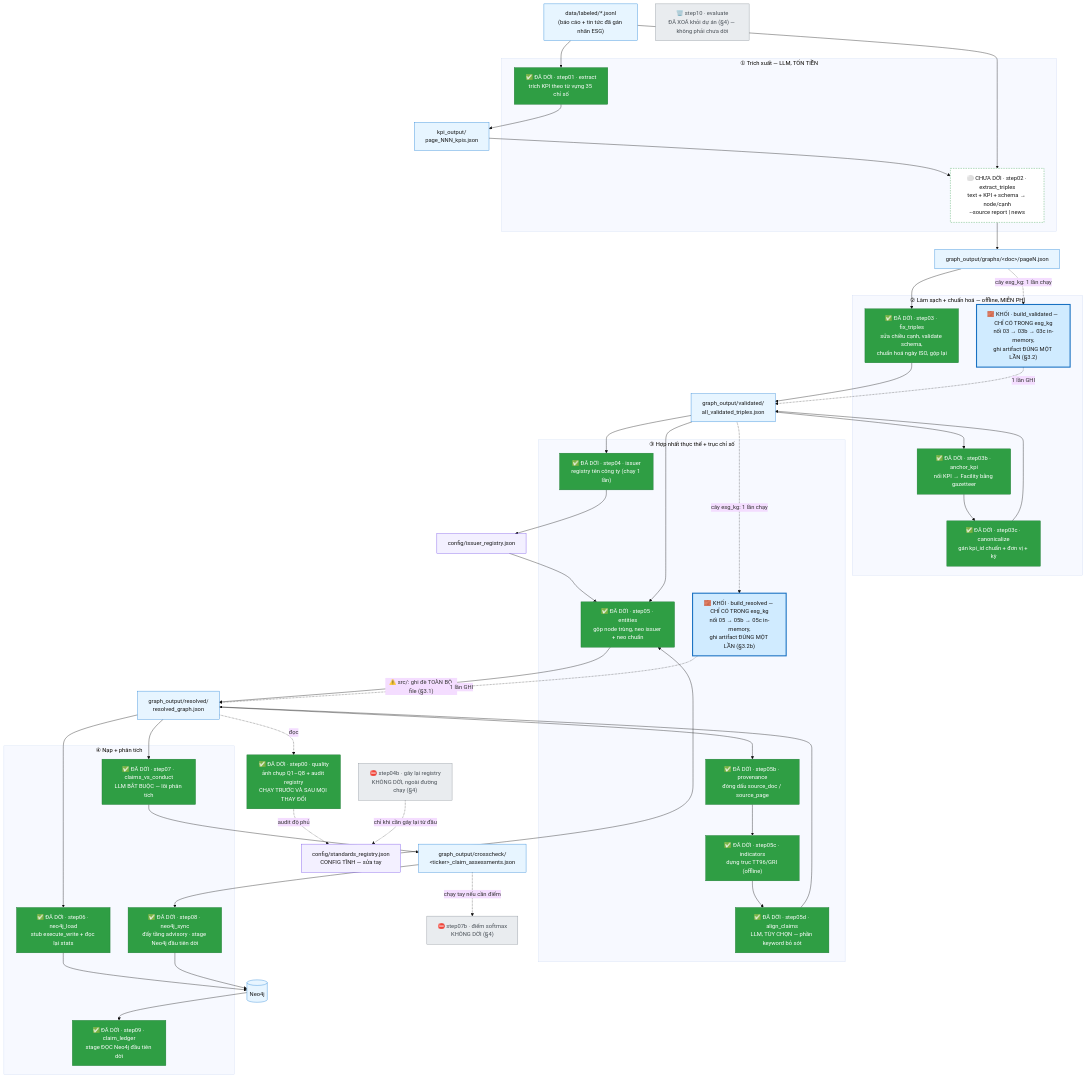
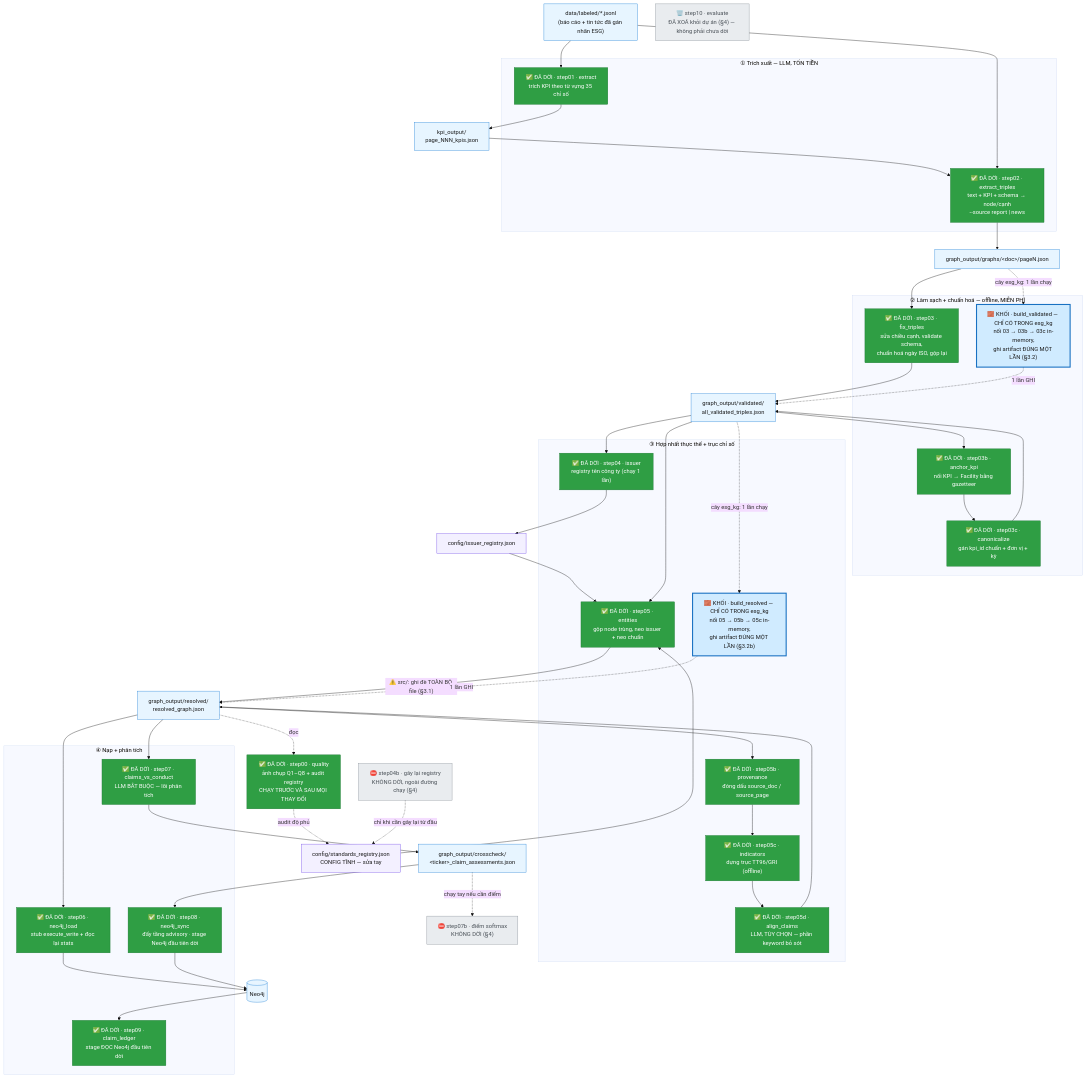
The first of 4 diagrams in src_module/PIPELINE.md (TranBaDat2607/capstone_test1), drawn with Mermaid (base theme) before and after one commit. The commit also changed other lines of this file and 3 other files, not shown here.

````diff
--- a/src_module/PIPELINE.md
+++ b/src_module/PIPELINE.md
@@ -251,76 +297,76 @@
 ```mermaid
 flowchart TD
     classDef migrated fill:#2f9e44,stroke:#1a7431,color:#ffffff
     classDef ready    fill:#ffffff,stroke:#2f9e44,stroke-dasharray:4 3,color:#1a1a1a
     classDef pending  fill:#fff3bf,stroke:#e8a90c,color:#1a1a1a
     classDef notport  fill:#e9ecef,stroke:#868e96,color:#495057
     classDef data     fill:#e7f5ff,stroke:#1c7ed6,color:#1a1a1a
     classDef cfg      fill:#f3f0ff,stroke:#7048e8,color:#1a1a1a
     classDef block    fill:#d0ebff,stroke:#1971c2,stroke-width:3px,color:#1a1a1a
 
     JSONL["data/labeled/*.jsonl<br/>(báo cáo + tin tức đã gán nhãn ESG)"]:::data
 
     subgraph P1["① Trích xuất — LLM, TỐN TIỀN"]
         S01["✅ ĐÃ DỜI · step01 · extract<br/>trích KPI theo từ vựng 35 chỉ số"]:::migrated
-        S02["⚪ CHƯA DỜI · step02 · extract_triples<br/>text + KPI + schema → node/cạnh<br/>--source report | news"]:::ready
+        S02["✅ ĐÃ DỜI · step02 · extract_triples<br/>text + KPI + schema → node/cạnh<br/>--source report | news"]:::migrated
     end
 
     KPIOUT["kpi_output/<br/>page_NNN_kpis.json"]:::data
     GRAPHS["graph_output/graphs/&lt;doc&gt;/pageN.json"]:::data
 
     subgraph P2["② Làm sạch + chuẩn hoá — offline, MIỄN PHÍ"]
         S03["✅ ĐÃ DỜI · step03 · fix_triples<br/>sửa chiều cạnh, validate schema,<br/>chuẩn hoá ngày ISO, gộp lại"]:::migrated
         S03B["✅ ĐÃ DỜI · step03b · anchor_kpi<br/>nối KPI → Facility bằng gazetteer"]:::migrated
         S03C["✅ ĐÃ DỜI · step03c · canonicalize<br/>gán kpi_id chuẩn + đơn vị + kỳ"]:::migrated
         BLK["🧱 KHỐI · build_validated — CHỈ CÓ TRONG esg_kg<br/>nối 03 → 03b → 03c in-memory,<br/>ghi artifact ĐÚNG MỘT LẦN (§3.2)"]:::block
     end
 
     VALID["graph_output/validated/<br/>all_validated_triples.json"]:::data
 
     subgraph P3["③ Hợp nhất thực thể + trục chỉ số"]
         S04["✅ ĐÃ DỜI · step04 · issuer<br/>registry tên công ty (chạy 1 lần)"]:::migrated
         S05["✅ ĐÃ DỜI · step05 · entities<br/>gộp node trùng, neo issuer + neo chuẩn"]:::migrated
         S05B["✅ ĐÃ DỜI · step05b · provenance<br/>đóng dấu source_doc / source_page"]:::migrated
         S05C["✅ ĐÃ DỜI · step05c · indicators<br/>dựng trục TT96/GRI (offline)"]:::migrated
         S05D["✅ ĐÃ DỜI · step05d · align_claims<br/>LLM, TÙY CHỌN — phần keyword bỏ sót"]:::migrated
         BLK2["🧱 KHỐI · build_resolved — CHỈ CÓ TRONG esg_kg<br/>nối 05 → 05b → 05c in-memory,<br/>ghi artifact ĐÚNG MỘT LẦN (§3.2b)"]:::block
     end
 
     RESOLVED["graph_output/resolved/<br/>resolved_graph.json"]:::data
 
     subgraph P4["④ Nạp + phân tích"]
         S06["✅ ĐÃ DỜI · step06 · neo4j_load<br/>stub execute_write + đọc lại stats"]:::migrated
         S07["✅ ĐÃ DỜI · step07 · claims_vs_conduct<br/>LLM BẮT BUỘC — lõi phân tích"]:::migrated
         S08["✅ ĐÃ DỜI · step08 · neo4j_sync<br/>đẩy tầng advisory · stage Neo4j đầu tiên dời"]:::migrated
         S09["✅ ĐÃ DỜI · step09 · claim_ledger<br/>stage ĐỌC Neo4j đầu tiên dời"]:::migrated
     end
 
     REGI["config/issuer_registry.json"]:::cfg
     REGS["config/standards_registry.json<br/>CONFIG TĨNH — sửa tay"]:::cfg
     DOSSIER["graph_output/crosscheck/<br/>&lt;ticker&gt;_claim_assessments.json"]:::data
     NEO[("Neo4j")]:::data
 
     S00["✅ ĐÃ DỜI · step00 · quality<br/>ảnh chụp Q1–Q8 + audit registry<br/>CHẠY TRƯỚC VÀ SAU MỌI THAY ĐỔI"]:::migrated
     S07B["⛔ step07b · điểm softmax<br/>KHÔNG DỜI (§4)"]:::notport
     S04B["⛔ step04b · gây lại registry<br/>KHÔNG DỜI, ngoài đường chạy (§4)"]:::notport
     S10X["🗑️ step10 · evaluate<br/>ĐÃ XOÁ khỏi dự án (§4) — không phải chưa dời"]:::notport
 
     JSONL --> S01 --> KPIOUT --> S02
     JSONL --> S02 --> GRAPHS --> S03 --> VALID
     VALID --> S03B --> S03C --> VALID
     GRAPHS -.->|"cây esg_kg: 1 lần chạy"| BLK -.->|"1 lần GHI"| VALID
     VALID --> S04 --> REGI --> S05
     REGS --> S05
     VALID --> S05
     S05 -->|"⚠️ src/: ghi đè TOÀN BỘ file (§3.1)"| RESOLVED
     RESOLVED --> S05B --> S05C --> S05D --> RESOLVED
     VALID -.->|"cây esg_kg: 1 lần chạy"| BLK2 -.->|"1 lần GHI"| RESOLVED
     RESOLVED --> S06 --> NEO
     RESOLVED --> S07 --> DOSSIER --> S08 --> NEO
     NEO --> S09
 
     RESOLVED -.->|"đọc"| S00
     S00 -.->|"audit độ phủ"| REGS
     S04B -.->|"chỉ khi cần gây lại từ đầu"| REGS
     DOSSIER -.->|"chạy tay nếu cần điểm"| S07B
 ```
````
